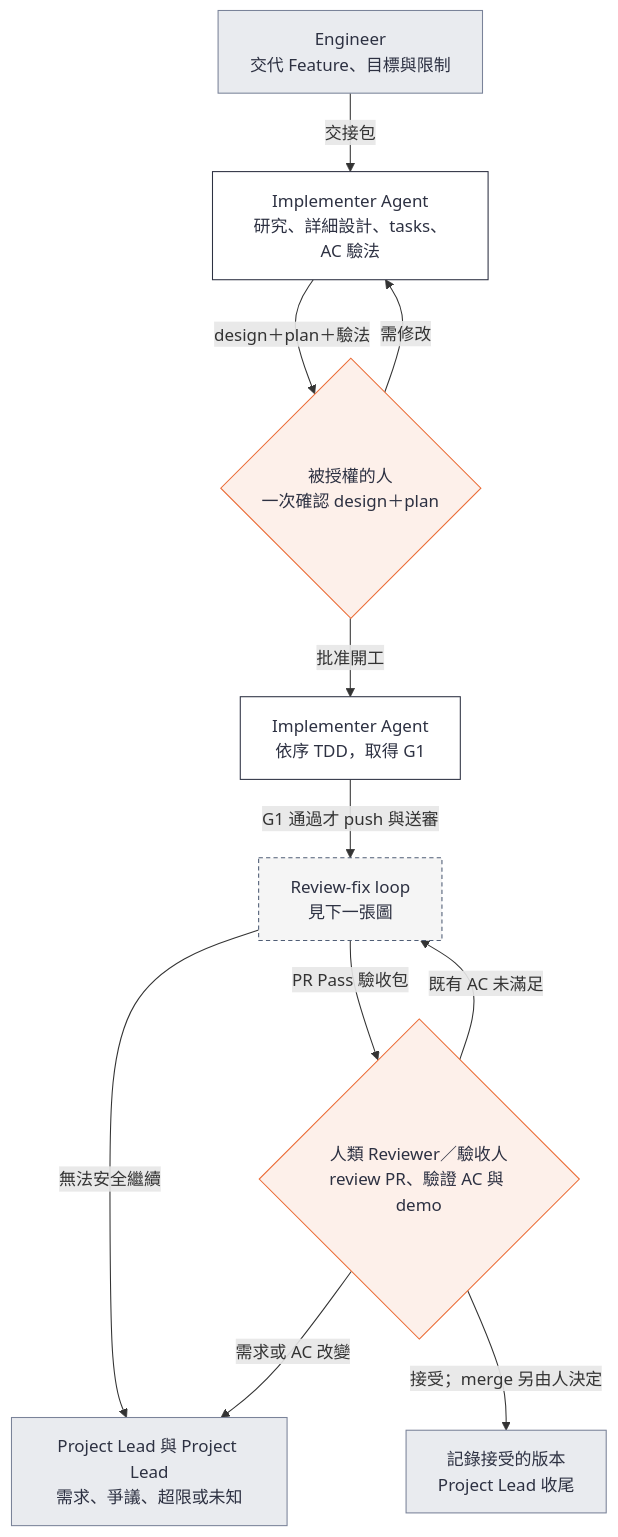
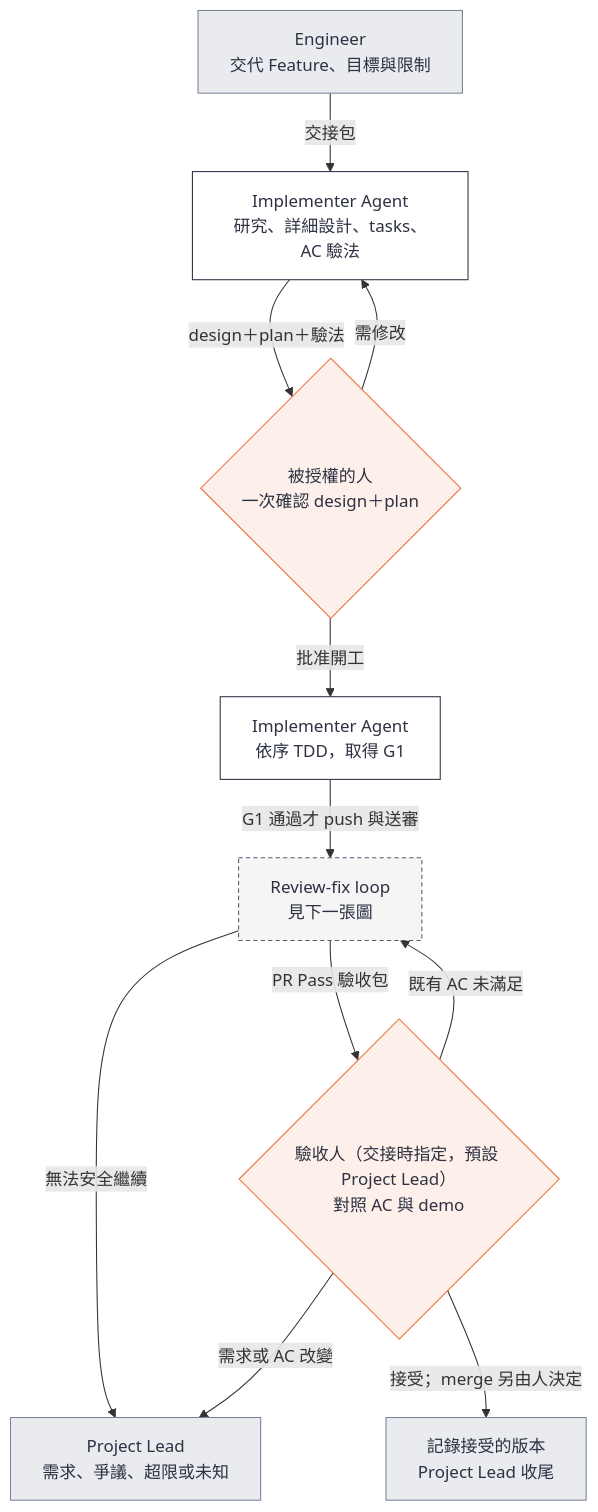
The fourth of 5 diagrams in docs/guide/reference.md (ellis429/loop-engineering), drawn with Mermaid before and after one commit. The commit also changed other lines of this file and 3 other files, not shown here.

````diff
--- a/docs/guide/reference.md
+++ b/docs/guide/reference.md
@@ -380,25 +383,25 @@
 ```mermaid
 flowchart TD
     A["Engineer<br/>交代 Feature、目標與限制"]:::human
     B["Implementer Agent<br/>研究、詳細設計、tasks、AC 驗法"]:::agent
     C{"被授權的人<br/>一次確認 design＋plan"}:::gate
     D["Implementer Agent<br/>依序 TDD，取得 G1"]:::agent
     L["Review-fix loop<br/>見下一張圖"]:::mech
-    H{"人類 Reviewer／驗收人<br/>review PR、驗證 AC 與 demo"}:::gate
+    H{"驗收人（交接時指定，預設 Project Lead）<br/>對照 AC 與 demo"}:::gate
     Z["記錄接受的版本<br/>Project Lead 收尾"]:::human
-    Q["Project Lead 與 Project Lead<br/>需求、爭議、超限或未知"]:::human
+    Q["Project Lead<br/>需求、爭議、超限或未知"]:::human
     A -->|交接包| B
     B -->|design＋plan＋驗法| C
     C -->|需修改| B
     C -->|批准開工| D
     D -->|G1 通過才 push 與送審| L
     L -->|PR Pass 驗收包| H
     L -->|無法安全繼續| Q
     H -->|既有 AC 未滿足| L
     H -->|需求或 AC 改變| Q
     H -->|接受；merge 另由人決定| Z
     classDef human fill:#e9ebef,stroke:#7a8399,color:#2d3142
     classDef agent fill:#ffffff,stroke:#2d3142,color:#2d3142
     classDef gate fill:#fdf0ea,stroke:#eb6c36,color:#2d3142
     classDef mech fill:#f5f5f5,stroke:#4f5d75,stroke-dasharray:4 3,color:#2d3142
 ```
````
